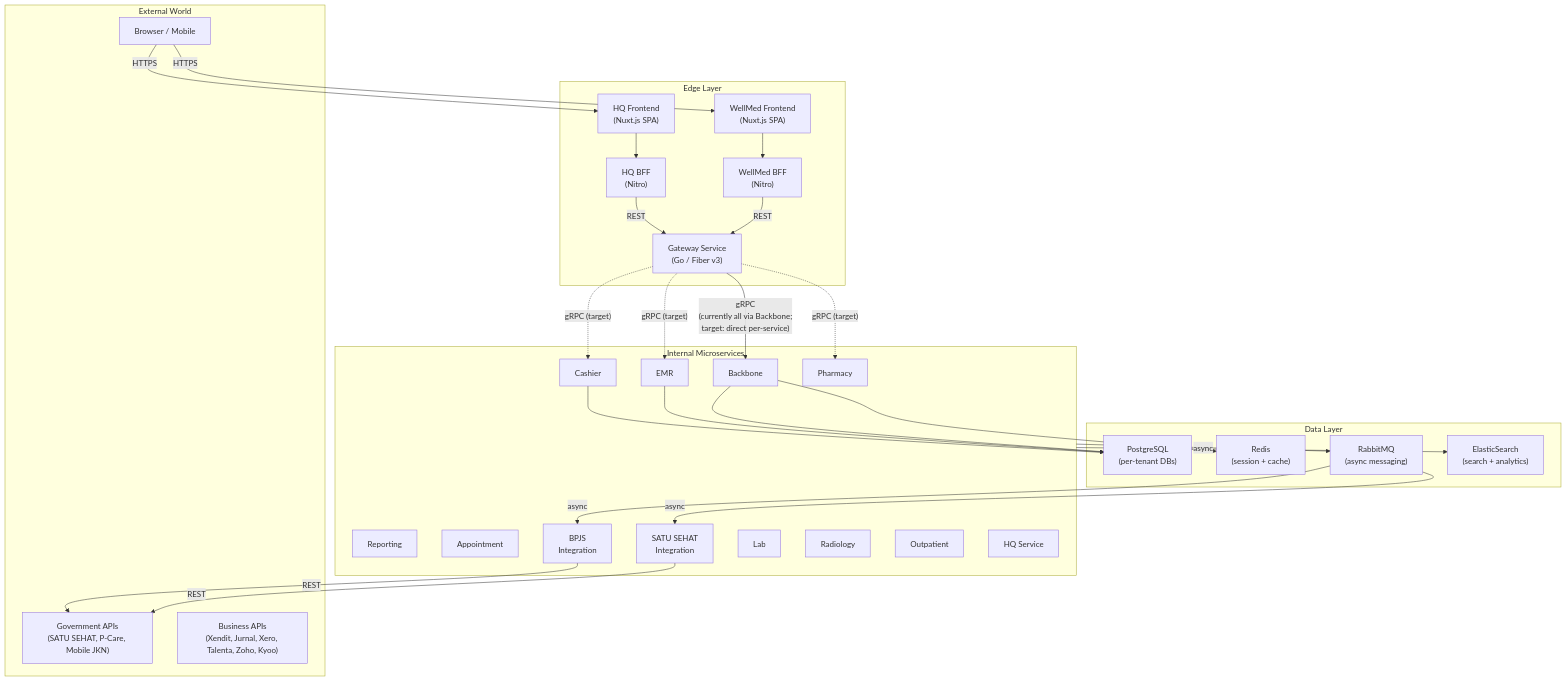
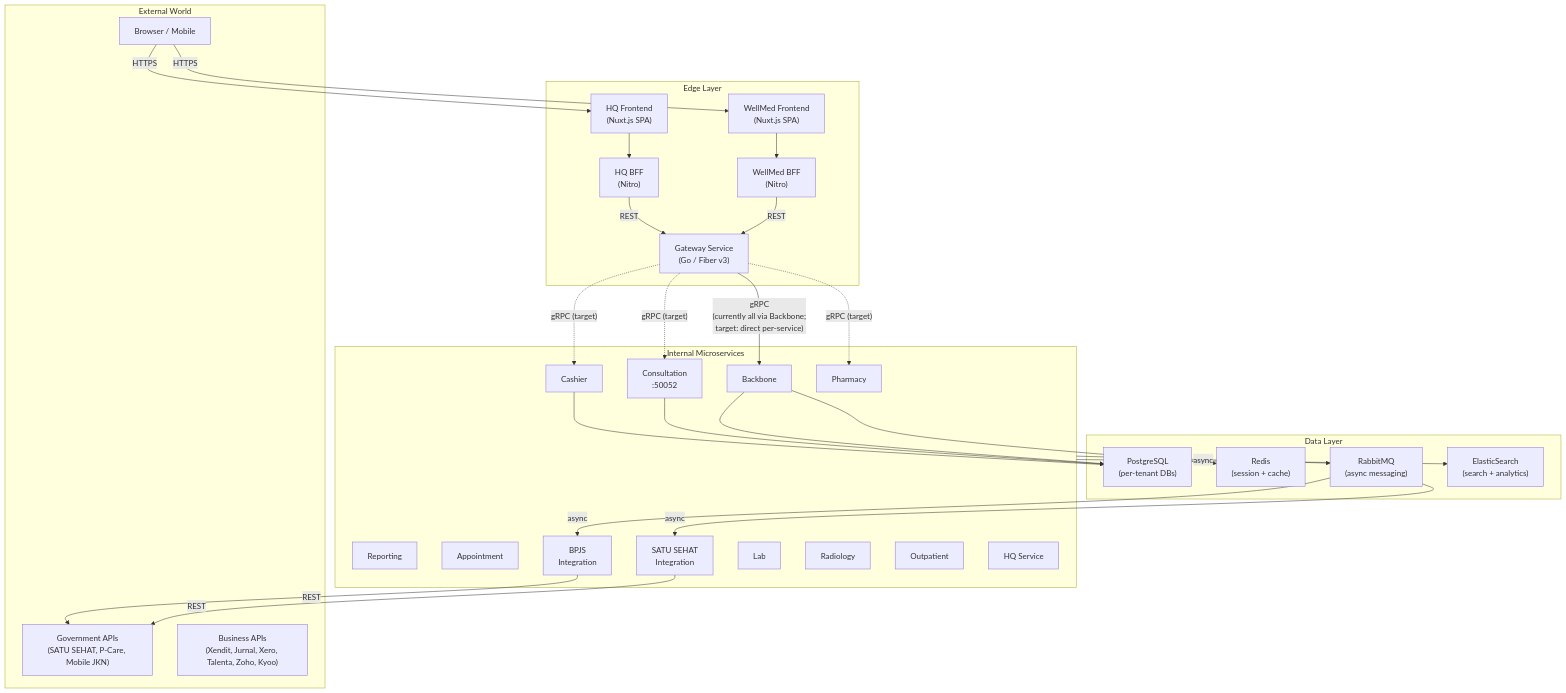
Before and after one commit to Kalpa-Health/kalpa-docs: the first of 6 diagrams in wellmed-system-architecture.md, drawn with Mermaid. The commit also changed other lines of this file and 34 other files, not shown here.

````diff
--- a/wellmed-system-architecture.md
+++ b/wellmed-system-architecture.md
@@ -49,62 +55,62 @@
 ```mermaid
 flowchart TD
     subgraph External["External World"]
         Browser["Browser / Mobile"]
         GovAPIs["Government APIs\n(SATU SEHAT, P-Care, Mobile JKN)"]
         BizAPIs["Business APIs\n(Xendit, Jurnal, Xero, Talenta, Zoho, Kyoo)"]
     end
 
     subgraph Edge["Edge Layer"]
         WFE["WellMed Frontend\n(Nuxt.js SPA)"]
         HFE["HQ Frontend\n(Nuxt.js SPA)"]
         WBFF["WellMed BFF\n(Nitro)"]
         HBFF["HQ BFF\n(Nitro)"]
         GW["Gateway Service\n(Go / Fiber v3)"]
     end
 
     subgraph Internal["Internal Microservices"]
         BB["Backbone"]
-        EMR["EMR"]
+        CON["Consultation\n:50052"]
         CASH["Cashier"]
         RPT["Reporting"]
         APT["Appointment"]
         SS["SATU SEHAT\nIntegration"]
         BPJS["BPJS\nIntegration"]
         PHARM["Pharmacy"]
         LAB["Lab"]
         RAD["Radiology"]
         OP["Outpatient"]
         HQ["HQ Service"]
     end
 
     subgraph Data["Data Layer"]
         PG["PostgreSQL\n(per-tenant DBs)"]
         Redis["Redis\n(session + cache)"]
         RMQ["RabbitMQ\n(async messaging)"]
         ES["ElasticSearch\n(search + analytics)"]
     end
 
     Browser -->|HTTPS| WFE
     Browser -->|HTTPS| HFE
     WFE --> WBFF
     HFE --> HBFF
     WBFF -->|REST| GW
     HBFF -->|REST| GW
 
     GW -->|"gRPC\n(currently all via Backbone;\ntarget: direct per-service)"| BB
-    GW -.->|"gRPC (target)"| EMR
+    GW -.->|"gRPC (target)"| CON
     GW -.->|"gRPC (target)"| CASH
     GW -.->|"gRPC (target)"| PHARM
 
     BB --> PG
     BB --> Redis
-    EMR --> PG
+    CON --> PG
     CASH --> PG
     SS -->|REST| GovAPIs
     BPJS -->|REST| GovAPIs
 
     Internal -->|async| RMQ
     RMQ -->|async| SS
     RMQ -->|async| BPJS
     Internal --> ES
 ```
````
